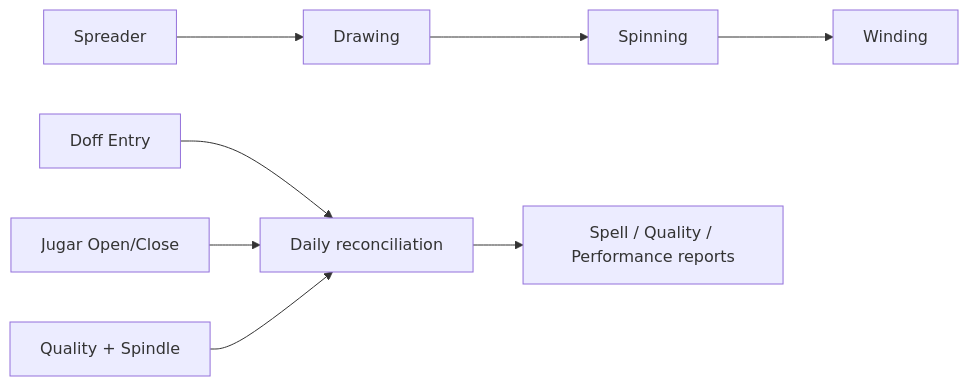
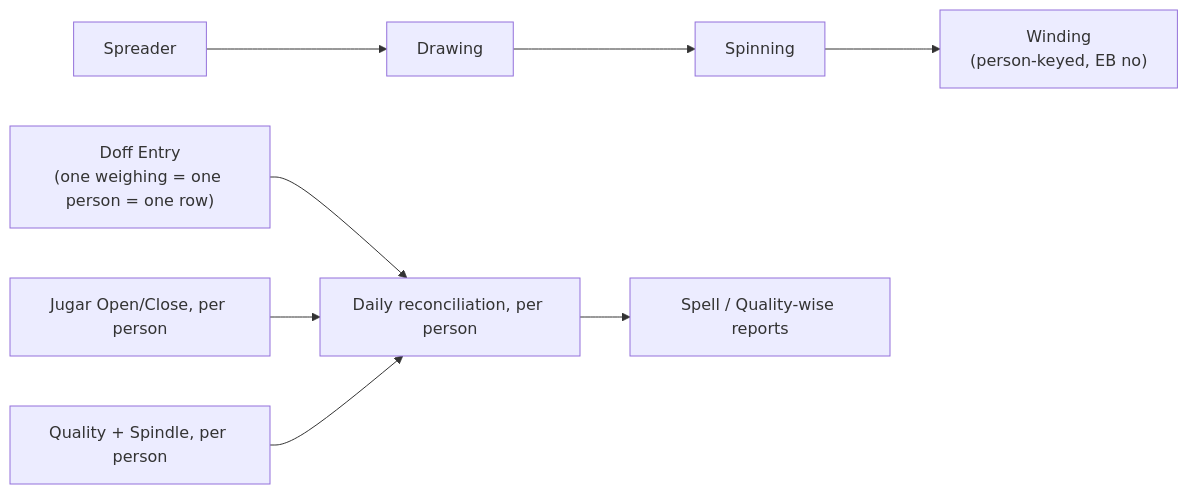
Before and after one commit to sadhukhantks/demofrontend: the diagram in docs/claude/modules/jute-production/_index.md, drawn with Mermaid. The commit also changed other lines of this file and 26 other files, not shown here.

````diff
--- a/docs/claude/modules/jute-production/_index.md
+++ b/docs/claude/modules/jute-production/_index.md
@@ -14,8 +17,8 @@
 ```mermaid
 flowchart LR
-    SPR[Spreader] --> DRW[Drawing] --> SPN[Spinning] --> WND[Winding]
-    DOFF[Doff Entry] --> RECON[Daily reconciliation]
-    JUGAR[Jugar Open/Close] --> RECON
-    QLTY[Quality + Spindle] --> RECON
-    RECON --> RPT[Spell / Quality / Performance reports]
+    SPR[Spreader] --> DRW[Drawing] --> SPN[Spinning] --> WND["Winding\n(person-keyed, EB no)"]
+    DOFF["Doff Entry\n(one weighing = one person = one row)"] --> RECON[Daily reconciliation, per person]
+    JUGAR[Jugar Open/Close, per person] --> RECON
+    QLTY[Quality + Spindle, per person] --> RECON
+    RECON --> RPT[Spell / Quality-wise reports]
 ```
````
